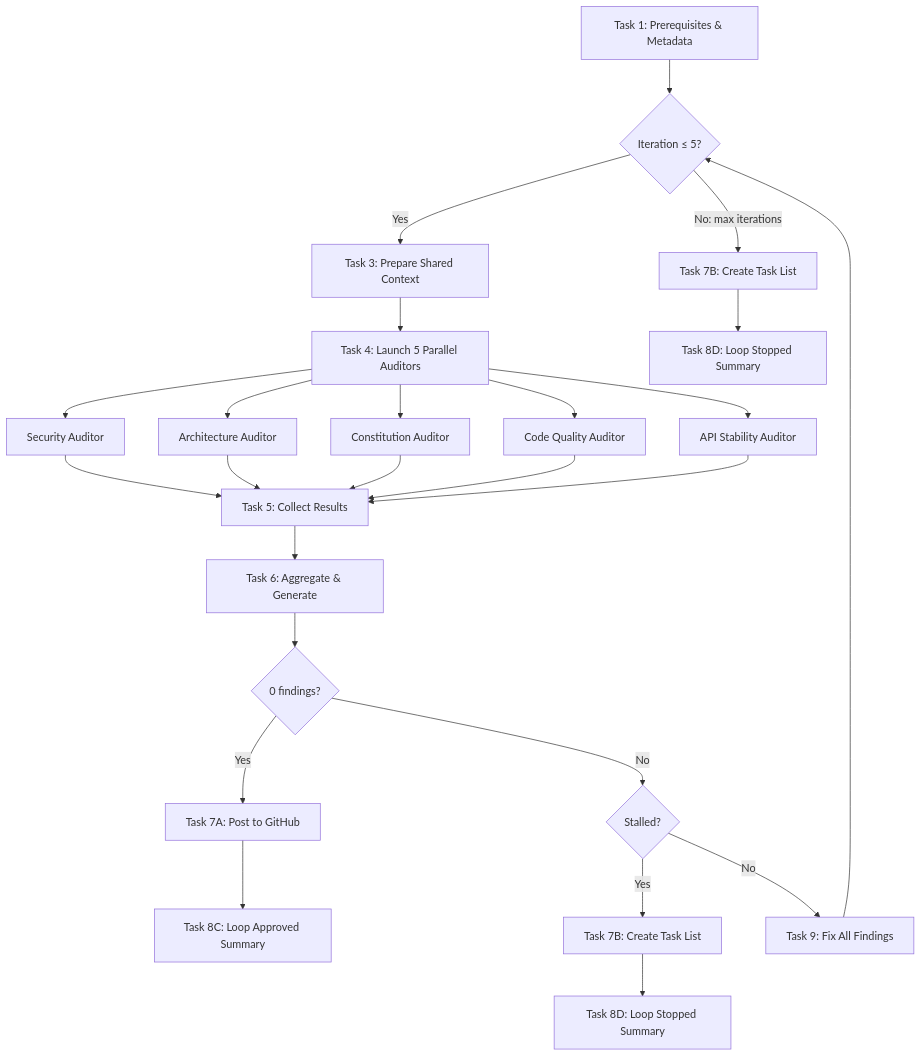
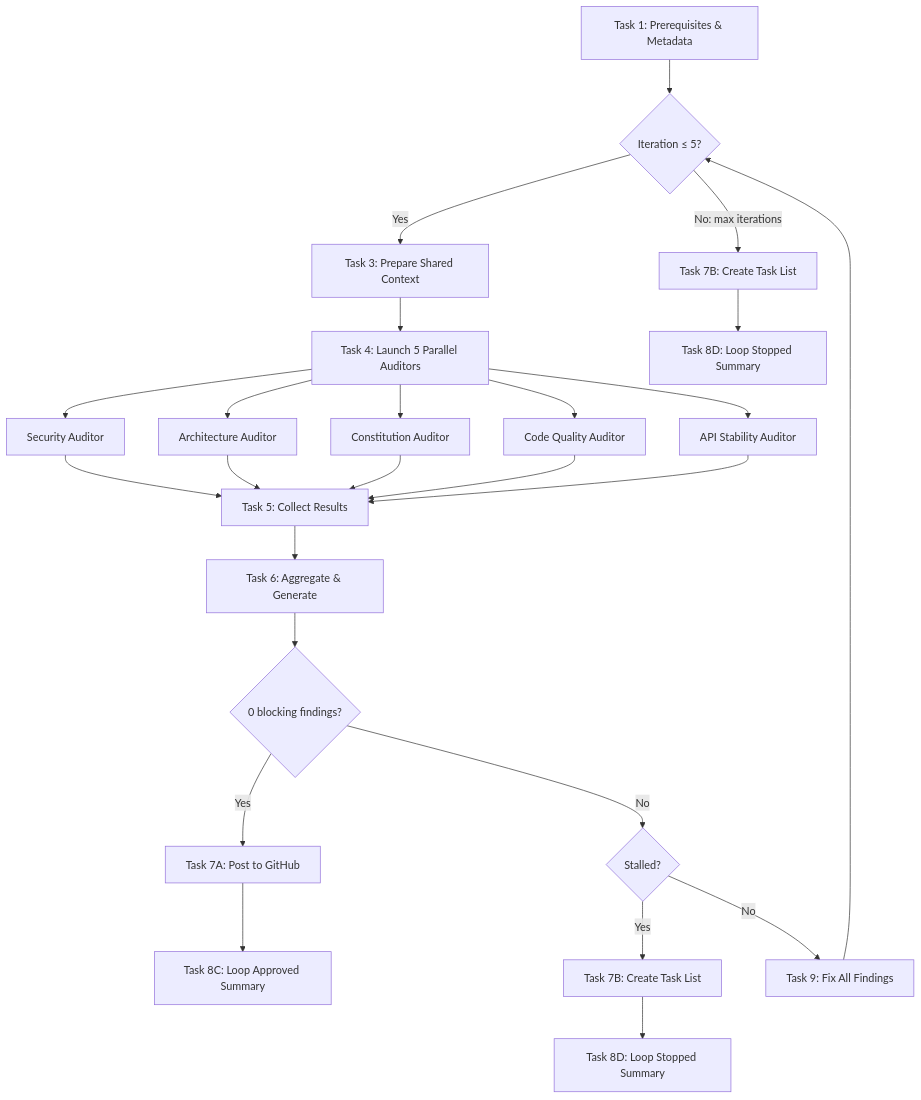
The third of 3 diagrams in .claude/skills/pr-review/WORKFLOW.md (howarewoo/monorepo-template), drawn with Mermaid before and after one commit. The commit also changed other lines of this file and 6 other files, not shown here.

````diff
--- a/.claude/skills/pr-review/WORKFLOW.md
+++ b/.claude/skills/pr-review/WORKFLOW.md
@@ -805,33 +821,33 @@
 ```mermaid
 flowchart TD
     T1[Task 1: Prerequisites & Metadata] --> LOOP_START{Iteration ≤ 5?}
     LOOP_START -->|Yes| T3[Task 3: Prepare Shared Context]
     T3 --> T4[Task 4: Launch 5 Parallel Auditors]
 
     T4 --> A1[Security Auditor]
     T4 --> A2[Architecture Auditor]
     T4 --> A3[Constitution Auditor]
     T4 --> A4[Code Quality Auditor]
     T4 --> A5[API Stability Auditor]
 
     A1 --> T5[Task 5: Collect Results]
     A2 --> T5
     A3 --> T5
     A4 --> T5
     A5 --> T5
 
     T5 --> T6[Task 6: Aggregate & Generate]
-    T6 --> CHECK{0 findings?}
+    T6 --> CHECK{0 blocking findings?}
     CHECK -->|Yes| T7A[Task 7A: Post to GitHub]
     T7A --> T8C[Task 8C: Loop Approved Summary]
 
     CHECK -->|No| STALL{Stalled?}
     STALL -->|Yes| T7B[Task 7B: Create Task List]
     T7B --> T8D[Task 8D: Loop Stopped Summary]
 
     STALL -->|No| T9[Task 9: Fix All Findings]
     T9 --> LOOP_START
 
     LOOP_START -->|No: max iterations| T7B2[Task 7B: Create Task List]
     T7B2 --> T8D2[Task 8D: Loop Stopped Summary]
 ```
````
